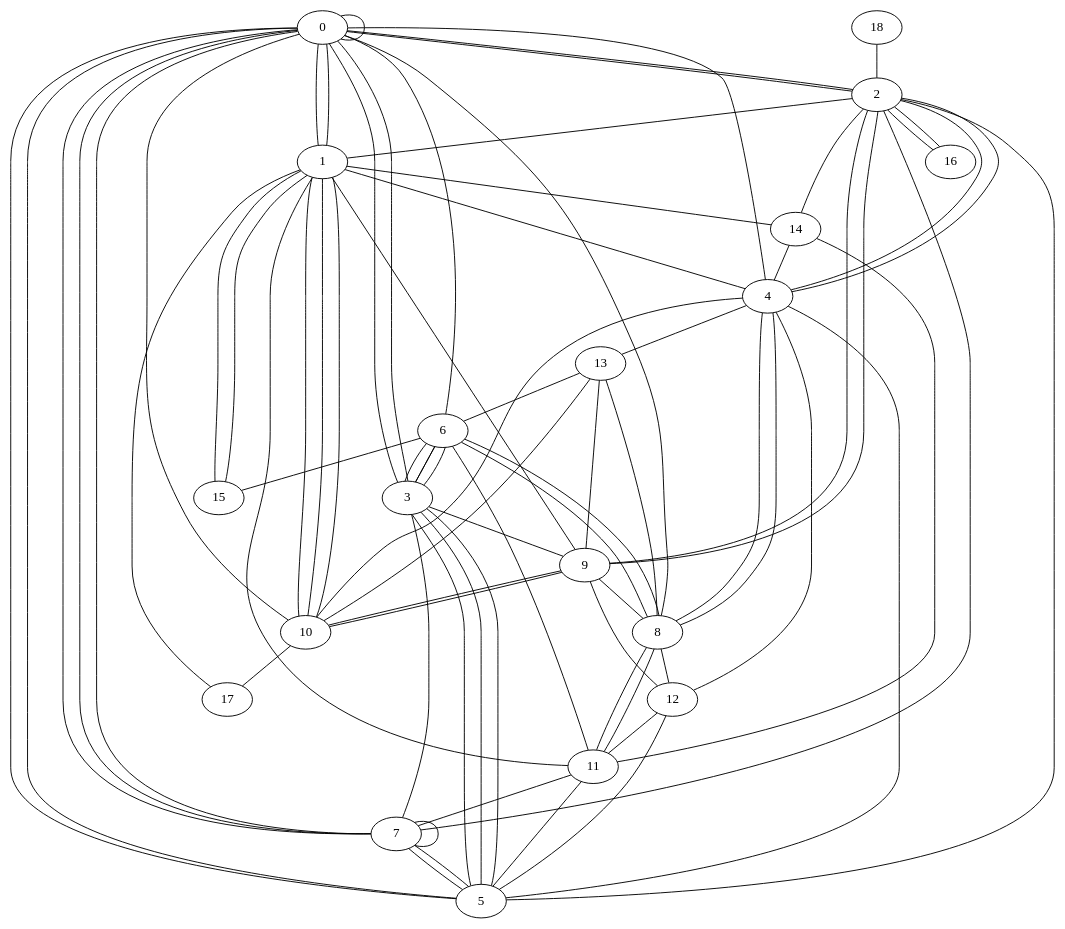
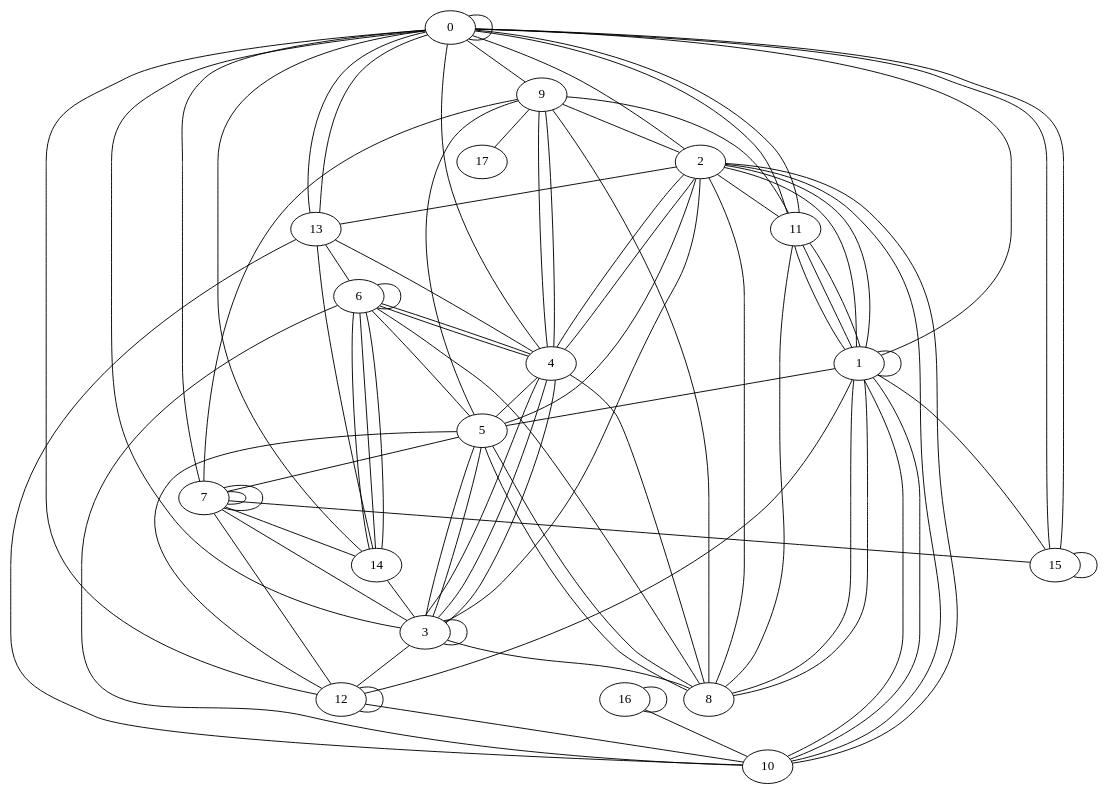
Before and after one commit to denizsurmeli/random-graph-generator: the diagram in feeds/out/O-9-20-20-PM.dot, drawn with Graphviz. The commit also changed 688 other files, not shown here.

```diff
--- a/feeds/out/O-9-20-20-PM.dot
+++ b/feeds/out/O-9-20-20-PM.dot
@@ -1,98 +1,105 @@
 graph G {
 0;
 1;
 2;
 3;
 4;
 5;
 6;
 7;
 8;
 9;
 10;
 11;
 12;
 13;
 14;
 15;
 16;
 17;
-18;
-0--7 ;
+11--1 ;
+1--10 ;
+13--6 ;
+11--0 ;
+10--13 ;
+1--15 ;
+8--6 ;
+1--1 ;
+9--17 ;
+12--5 ;
+6--5 ;
 4--0 ;
-3--6 ;
+4--6 ;
+3--0 ;
+14--6 ;
+12--12 ;
+2--11 ;
+14--13 ;
+6--6 ;
+7--0 ;
+3--7 ;
+4--9 ;
+14--3 ;
+2--4 ;
+15--15 ;
+11--8 ;
+15--0 ;
+11--0 ;
+8--5 ;
+8--4 ;
+14--6 ;
+4--3 ;
+9--5 ;
+9--11 ;
+4--2 ;
+16--16 ;
+1--2 ;
 1--0 ;
-9--8 ;
+11--1 ;
+10--6 ;
+2--8 ;
+6--14 ;
+1--8 ;
+4--9 ;
+8--9 ;
+2--13 ;
+3--5 ;
+12--7 ;
+10--2 ;
+14--0 ;
+3--3 ;
+12--10 ;
+3--12 ;
+0--15 ;
+1--8 ;
+2--0 ;
+11--1 ;
+16--10 ;
+4--5 ;
+0--9 ;
+6--4 ;
+7--15 ;
+0--13 ;
+9--2 ;
+1--5 ;
+7--9 ;
+3--2 ;
+8--5 ;
+2--10 ;
+3--8 ;
+7--7 ;
+4--3 ;
+5--3 ;
+5--2 ;
+7--14 ;
+0--13 ;
+4--3 ;
+1--2 ;
+7--7 ;
+1--12 ;
+4--13 ;
+12--0 ;
+1--10 ;
 0--0 ;
-0--3 ;
-10--17 ;
-6--3 ;
-10--9 ;
-3--5 ;
-4--12 ;
-13--10 ;
-6--3 ;
-9--2 ;
-6--8 ;
-8--4 ;
-18--2 ;
-8--12 ;
-15--1 ;
-1--17 ;
-2--0 ;
-11--8 ;
-1--14 ;
-13--6 ;
-5--3 ;
-4--8 ;
-11--7 ;
-4--5 ;
-12--9 ;
-0--7 ;
-0--8 ;
-4--10 ;
-5--0 ;
-2--14 ;
-2--1 ;
-3--5 ;
-10--1 ;
-11--1 ;
-12--11 ;
-7--2 ;
-1--10 ;
-3--9 ;
-1--4 ;
-0--2 ;
-7--7 ;
-7--5 ;
-16--2 ;
-7--3 ;
-14--4 ;
-2--4 ;
-0--7 ;
-6--15 ;
-4--2 ;
-8--6 ;
-11--8 ;
-7--5 ;
-14--11 ;
-13--8 ;
-10--1 ;
-6--0 ;
-4--13 ;
-6--3 ;
-1--0 ;
-2--5 ;
-15--1 ;
-10--0 ;
-2--9 ;
-9--10 ;
-12--5 ;
-0--5 ;
-6--11 ;
-11--5 ;
-1--9 ;
-13--9 ;
-2--16 ;
-0--3 ;
+5--7 ;
 }
```
